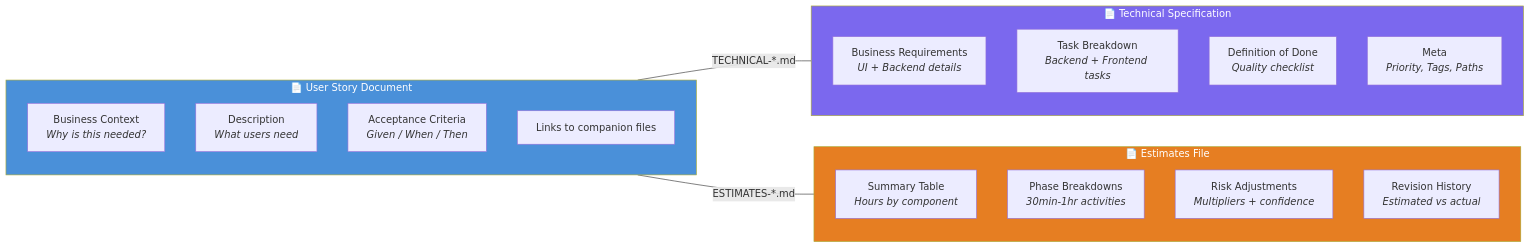
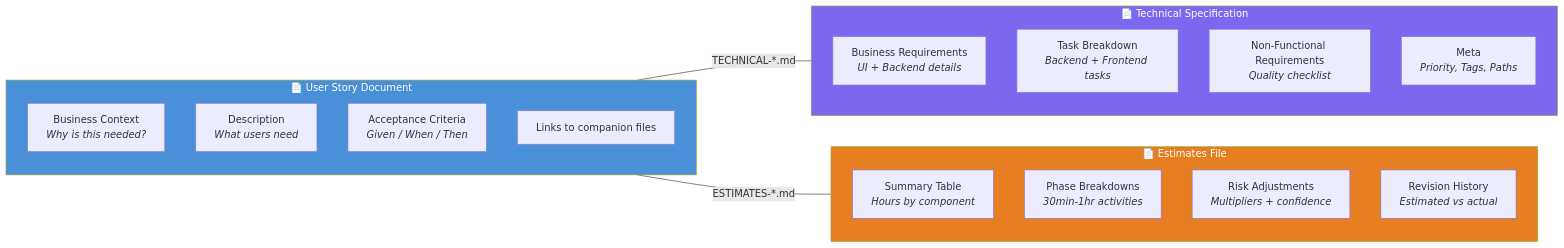
Before and after one commit to dnewton-brocksolutions/copilot-product-analyst: the third of 6 diagrams in documentation/PA-AGENT-DIAGRAMS.md, drawn with Mermaid. The commit also changed other lines of this file and 10 other files, not shown here.

````diff
--- a/documentation/PA-AGENT-DIAGRAMS.md
+++ b/documentation/PA-AGENT-DIAGRAMS.md
@@ -121,30 +121,30 @@
 ```mermaid
 graph LR
     subgraph Story["📄 User Story Document"]
         S1["Business Context<br/><i>Why is this needed?</i>"]
         S2["Description<br/><i>What users need</i>"]
         S3["Acceptance Criteria<br/><i>Given / When / Then</i>"]
         S4["Links to companion files"]
     end
 
     subgraph Tech["📄 Technical Specification"]
         T1["Business Requirements<br/><i>UI + Backend details</i>"]
         T2["Task Breakdown<br/><i>Backend + Frontend tasks</i>"]
-        T3["Definition of Done<br/><i>Quality checklist</i>"]
+        T3["Non-Functional Requirements<br/><i>Quality checklist</i>"]
         T4["Meta<br/><i>Priority, Tags, Paths</i>"]
     end
 
     subgraph Est["📄 Estimates File"]
         E1["Summary Table<br/><i>Hours by component</i>"]
         E2["Phase Breakdowns<br/><i>30min-1hr activities</i>"]
         E3["Risk Adjustments<br/><i>Multipliers + confidence</i>"]
         E4["Revision History<br/><i>Estimated vs actual</i>"]
     end
 
     Story ---|"TECHNICAL-*.md"| Tech
     Story ---|"ESTIMATES-*.md"| Est
 
     style Story fill:#4A90D9,color:#fff
     style Tech fill:#7B68EE,color:#fff
     style Est fill:#E67E22,color:#fff
 ```
````
